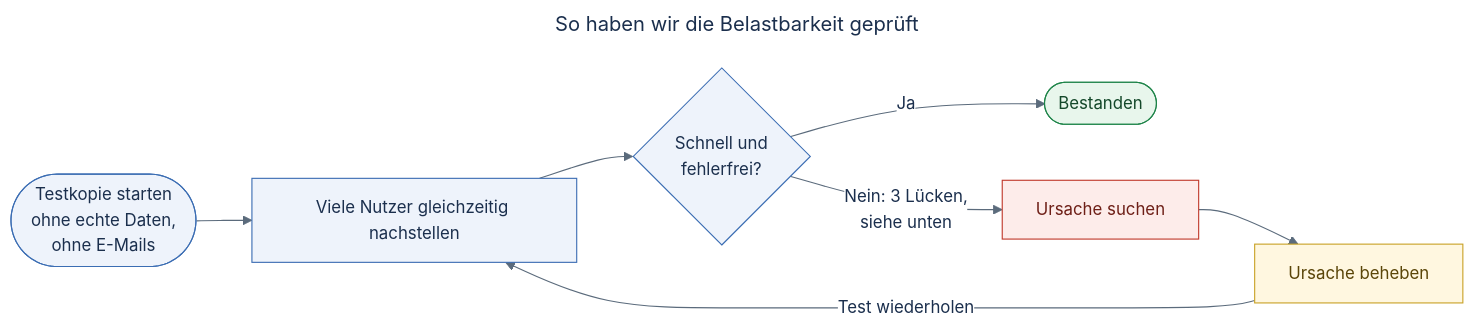
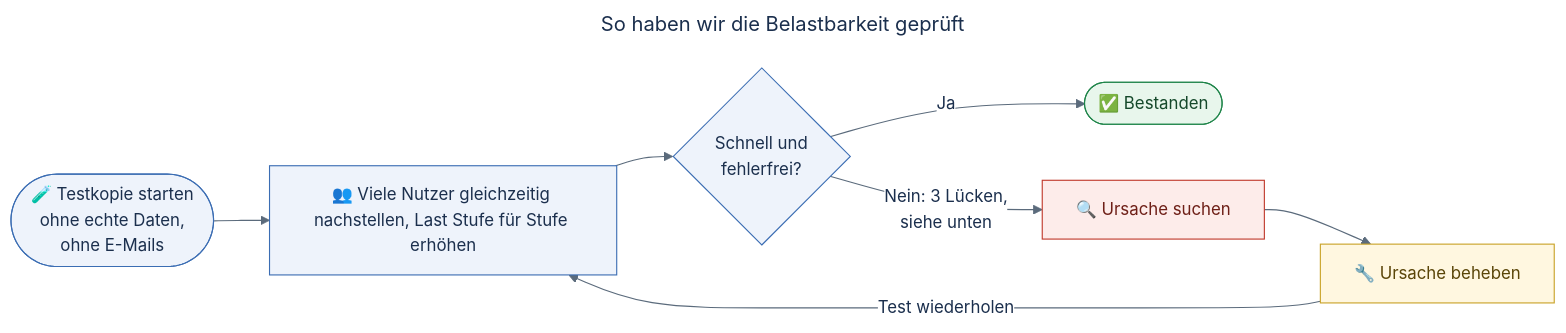
The second of 5 diagrams in load-test/RESULTS.md (kamalshekho/design-thinking-workshop), drawn with Mermaid before and after one commit. The commit also changed other lines of this file, not shown here.

Commit message:
docs(load-test): explain each gap in plain words with icon diagrams and code pointers

````diff
--- a/load-test/RESULTS.md
+++ b/load-test/RESULTS.md
@@ -63,38 +66,39 @@
 ```mermaid
 ---
 title: So haben wir die Belastbarkeit geprüft
 config:
   theme: base
   themeVariables:
     fontSize: "15px"
     primaryColor: "#eef3fb"
     primaryBorderColor: "#3b6db3"
     primaryTextColor: "#1b2f4d"
     lineColor: "#5b6b7c"
     edgeLabelBackground: "#ffffff"
+    clusterBkg: "#ffffff"
   flowchart:
-    wrappingWidth: 230
+    wrappingWidth: 250
     curve: basis
 ---
 flowchart LR
     %% One loop: load the copy, find what breaks, fix it, run the same test again.
-    start([Testkopie starten<br/>ohne echte Daten,<br/>ohne E-Mails])
-    load[Viele Nutzer gleichzeitig nachstellen]
-    check{Schnell und<br/>fehlerfrei?}
-    pass([Bestanden])
-    cause[Ursache suchen]
-    fix[Ursache beheben]
+    start(["🧪 Testkopie starten<br/>ohne echte Daten,<br/>ohne E-Mails"])
+    load["👥 Viele Nutzer gleichzeitig nachstellen, Last Stufe für Stufe erhöhen"]
+    check{"Schnell und<br/>fehlerfrei?"}
+    pass(["✅ Bestanden"])
+    cause["🔍 Ursache suchen"]
+    fix["🔧 Ursache beheben"]
 
     start --> load --> check
     check -->|Ja| pass
     check -->|"Nein: 3 Lücken,<br/>siehe unten"| cause
     cause --> fix
     fix -->|Test wiederholen| load
 
     classDef ok fill:#e8f6ec,stroke:#1e8449,color:#14482a
     classDef bad fill:#fdecea,stroke:#c0392b,color:#6e1f17
     classDef work fill:#fff7e0,stroke:#c9a227,color:#5a4508
     class pass ok
     class cause bad
     class fix work
 ```
````
